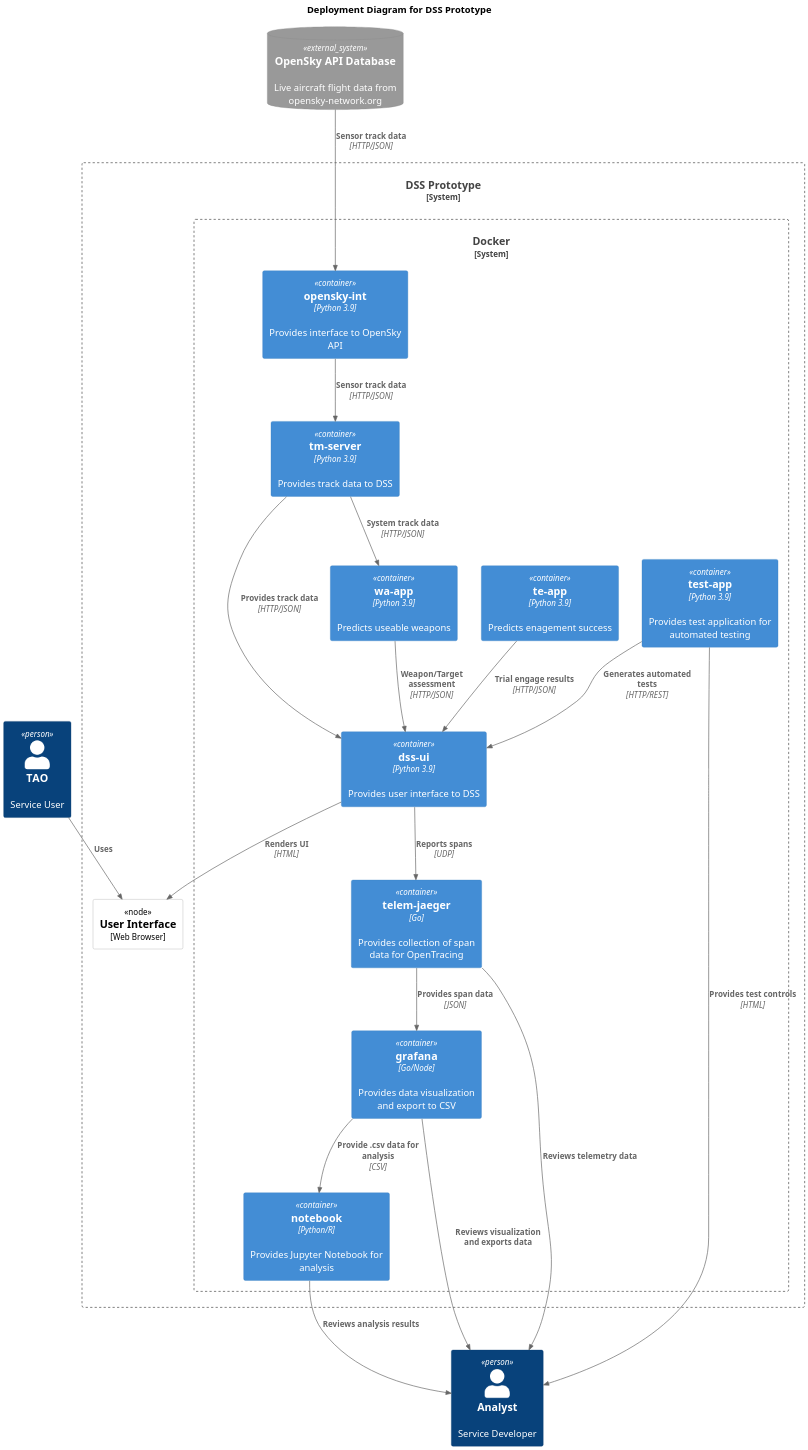
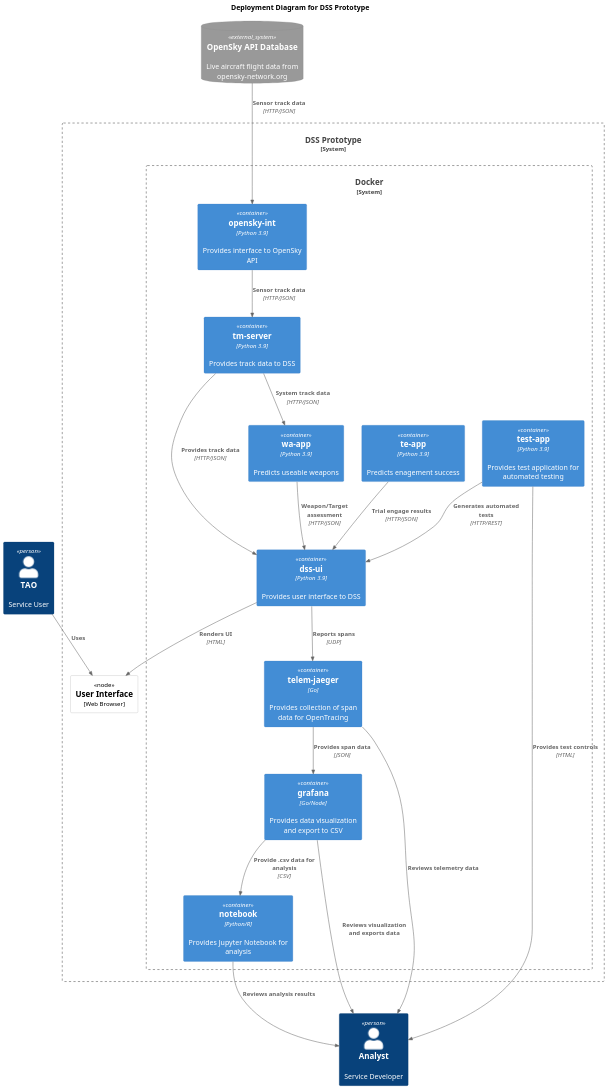
Before and after one commit to amurp003/dss-prototype: the third of 3 diagrams in doc/software-design/dss-prototype-sw-design.puml, drawn with PlantUML. The commit also changed other lines of this file and 6 other files, not shown here.

Commit message:
Updated software diagrams

```diff
--- a/doc/software-design/dss-prototype-sw-design.puml
+++ b/doc/software-design/dss-prototype-sw-design.puml
@@ -66,53 +66,53 @@
 @startuml Deployment Diagram
-skinparam dpi 200
+skinparam dpi 150
 !include https://raw.githubusercontent.com/plantuml-stdlib/C4-PlantUML/master/C4_Deployment.puml
 ' uncomment the following line and comment the first to use locally
 ' !include C4_Deployment.puml
 
 
 ' LAYOUT_LANDSCAPE()
 
 title Deployment Diagram for DSS Prototype
 
 Person(tao, TAO, "Service User")
 Person(sme, Analyst, "Service Developer")
 SystemDb_Ext(C2, "OpenSky API Database", "Live aircraft flight data from opensky-network.org")
 
 System_Boundary(DSS, "DSS Prototype") {
     
     Deployment_Node(UI, "User Interface", "Web Browser")
     
     System_Boundary(pc, "Docker"){
         Container(DSSUI, "dss-ui", "Python 3.9", "Provides user interface to DSS")
         Container(TnE, "test-app", "Python 3.9", "Provides test application for automated testing")
  
         Container(TM, "tm-server", "Python 3.9", "Provides track data to DSS")
         Container(WA, "wa-app", "Python 3.9", "Predicts useable weapons")
         Container(TE, "te-app", "Python 3.9", "Predicts enagement success")
         Container(TI, "opensky-int", "Python 3.9", "Provides interface to OpenSky API")
         
         Container(NB, "notebook", "Python/R", "Provides Jupyter Notebook for analysis")
         Container(G, "grafana", "Go/Node", "Provides data visualization and export to CSV")
         Container(J, "telem-jaeger", "Go", "Provides collection of span data for OpenTracing")
     }
 }
 
 Rel(tao, UI, "Uses")
 Rel(TnE, sme, "Provides test controls", "HTML")
 Rel(DSSUI,UI, "Renders UI", "HTML")
 
 Rel(WA, DSSUI, "Weapon/Target assessment", "HTTP/JSON")
 Rel(TE, DSSUI, "Trial engage results", "HTTP/JSON")
 Rel(TnE,DSSUI, "Generates automated tests", "HTTP/REST")
 
 Rel(TM, WA, "System track data", "HTTP/JSON")
 Rel(C2,TI, "Sensor track data", "HTTP/JSON")
 Rel(TI, TM, "Sensor track data", "HTTP/JSON")
 Rel(TM,DSSUI, "Provides track data", "HTTP/JSON")
 Rel(DSSUI,J, "Reports spans", "UDP")
 Rel(J,G, "Provides span data", "JSON")
 Rel(G,NB, "Provide .csv data for analysis", "CSV")
 Rel(NB,sme, "Reviews analysis results")
 Rel(G,sme, "Reviews visualization and exports data")
 Rel(J,sme, "Reviews telemetry data")
 @enduml
```
